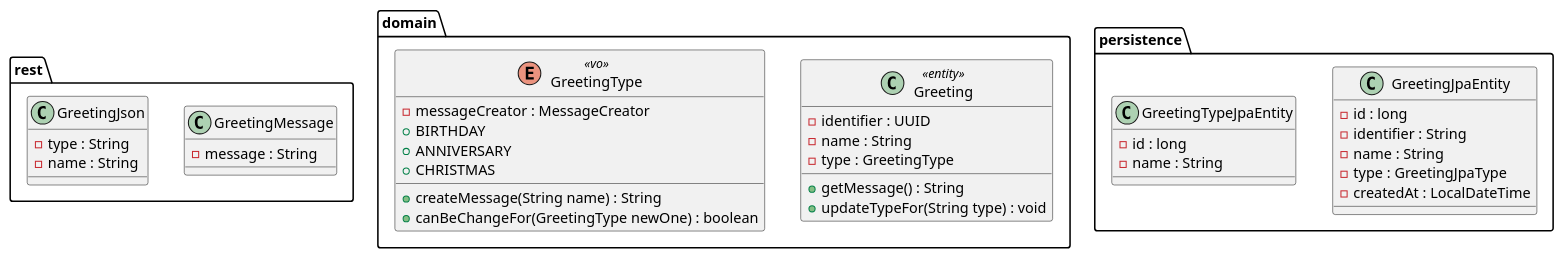
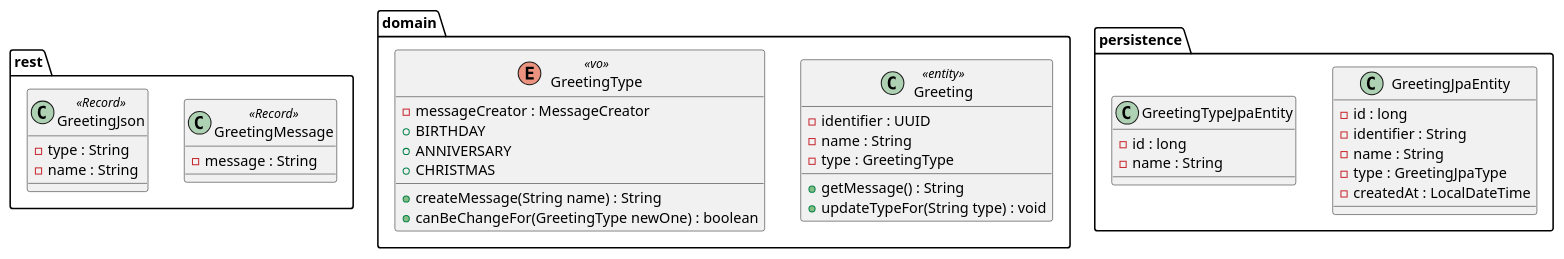
Before and after one commit to McKratt/greetings: the diagram in greetings-service/src/doc/Entities.puml, drawn with PlantUML. The commit also changed 1 other file, not shown here.

```diff
--- a/greetings-service/src/doc/Entities.puml
+++ b/greetings-service/src/doc/Entities.puml
@@ -1,44 +1,44 @@
 @startuml
 package rest {
-    class GreetingMessage {
+    class GreetingMessage <<Record>> {
         - message : String
     }
-    class GreetingJson {
+    class GreetingJson <<Record>> {
         - type : String
         - name : String
     }
 }
 
 package domain {
     class Greeting <<entity>> {
         - identifier : UUID
         - name : String
         - type : GreetingType
         + getMessage() : String
         + updateTypeFor(String type) : void
 
     }
     enum GreetingType <<vo>> {
         - messageCreator : MessageCreator
         + BIRTHDAY
         + ANNIVERSARY
         + CHRISTMAS
         + createMessage(String name) : String
         + canBeChangeFor(GreetingType newOne) : boolean
     }
 }
 
 package persistence {
     class GreetingJpaEntity {
         - id : long
         - identifier : String
         - name : String
         - type : GreetingJpaType
         - createdAt : LocalDateTime
     }
     class GreetingTypeJpaEntity {
         - id : long
         - name : String
     }
 }
 @enduml
```
